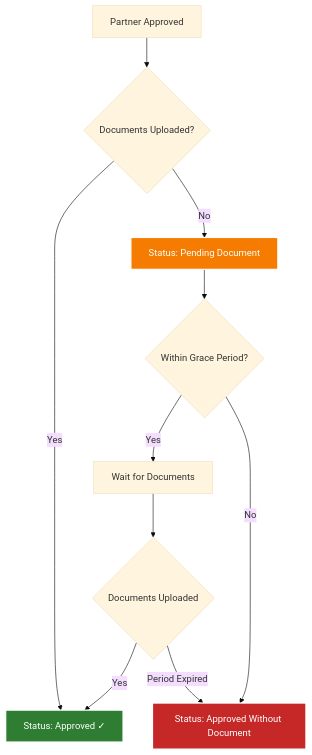
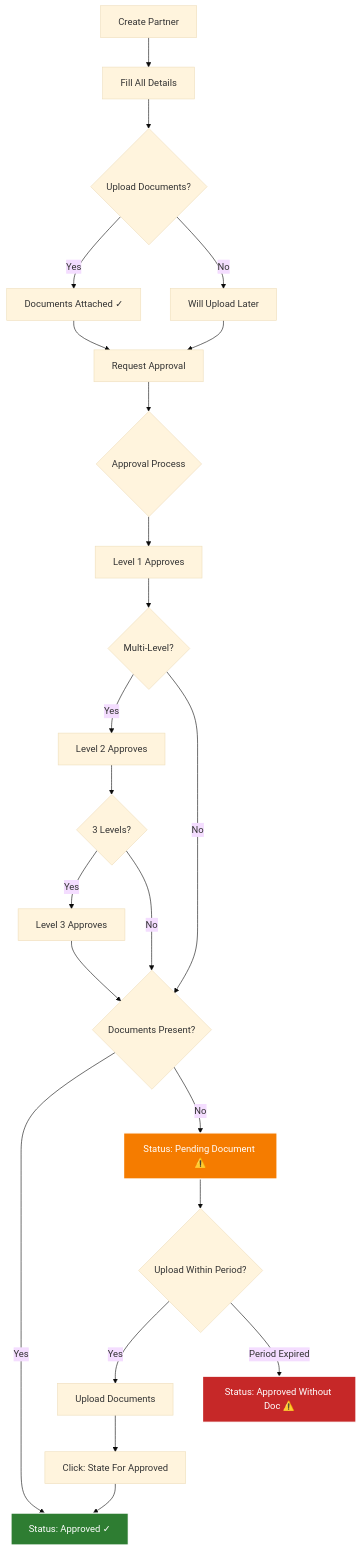
One commit to centrics-lakshitha/development_documentation changed the fourth of 11 diagrams in lablink/Document/LABLINK_CUSTOM_DEVELOPMENTS_MANUAL.md. Above: the diagram before and after it, drawn with Mermaid (base theme). The commit also changed other lines of this file, not shown here.

````diff
--- a/lablink/Document/LABLINK_CUSTOM_DEVELOPMENTS_MANUAL.md
+++ b/lablink/Document/LABLINK_CUSTOM_DEVELOPMENTS_MANUAL.md
@@ -195,16 +232,33 @@
 ```mermaid
-graph TD
-    A[Partner Approved] --> B{Documents Uploaded?}
-    B -->|Yes| C[Status: Approved ✓]
-    B -->|No| D[Status: Pending Document]
-    D --> E{Within Grace Period?}
-    E -->|Yes| F[Wait for Documents]
-    E -->|No| G[Status: Approved Without Document]
-    F --> H{Documents Uploaded}
-    H -->|Yes| C
-    H -->|Period Expired| G
+graph TB
+    A[Create Partner] --> B[Fill All Details]
+    B --> C{Upload Documents?}
+    C -->|Yes| D[Documents Attached ✓]
+    C -->|No| E[Will Upload Later]
+    D --> F[Request Approval]
+    E --> F
 
-    style C fill:#2E7D32,stroke:#fff,stroke-width:2px,color:#fff
-    style D fill:#F57C00,stroke:#fff,stroke-width:2px,color:#fff
-    style G fill:#C62828,stroke:#fff,stroke-width:2px,color:#fff
+    F --> G{Approval Process}
+    G --> H[Level 1 Approves]
+    H --> I{Multi-Level?}
+    I -->|Yes| J[Level 2 Approves]
+    J --> K{3 Levels?}
+    K -->|Yes| L[Level 3 Approves]
+    K -->|No| M{Documents Present?}
+    I -->|No| M
+    L --> M
+
+    M -->|Yes| N[Status: Approved ✓]
+    M -->|No| O[Status: Pending Document ⚠️]
+
+    O --> P{Upload Within Period?}
+    P -->|Yes| Q[Upload Documents]
+    Q --> R[Click: State For Approved]
+    R --> N
+
+    P -->|Period Expired| S[Status: Approved Without Doc ⚠️]
+
+    style N fill:#2E7D32,stroke:#fff,stroke-width:2px,color:#fff
+    style O fill:#F57C00,stroke:#fff,stroke-width:2px,color:#fff
+    style S fill:#C62828,stroke:#fff,stroke-width:2px,color:#fff
 ```
````
